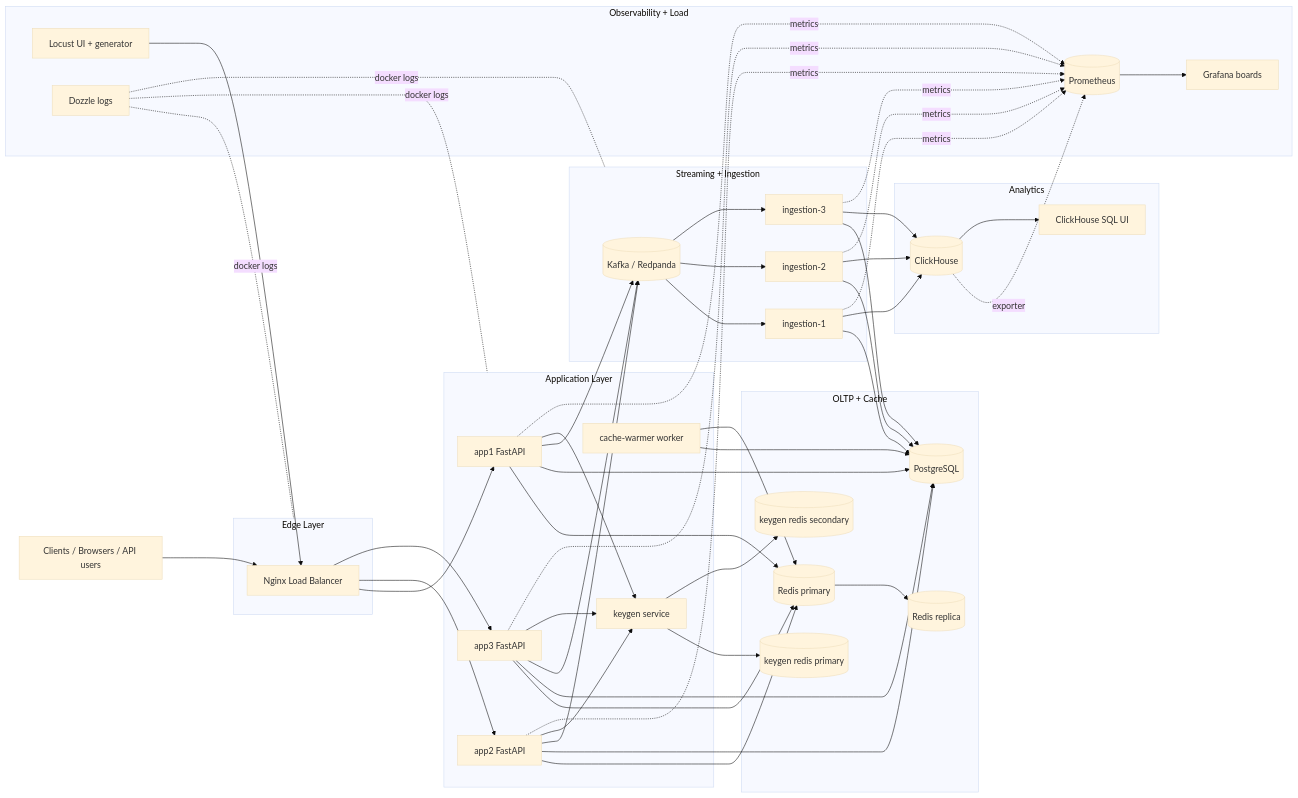
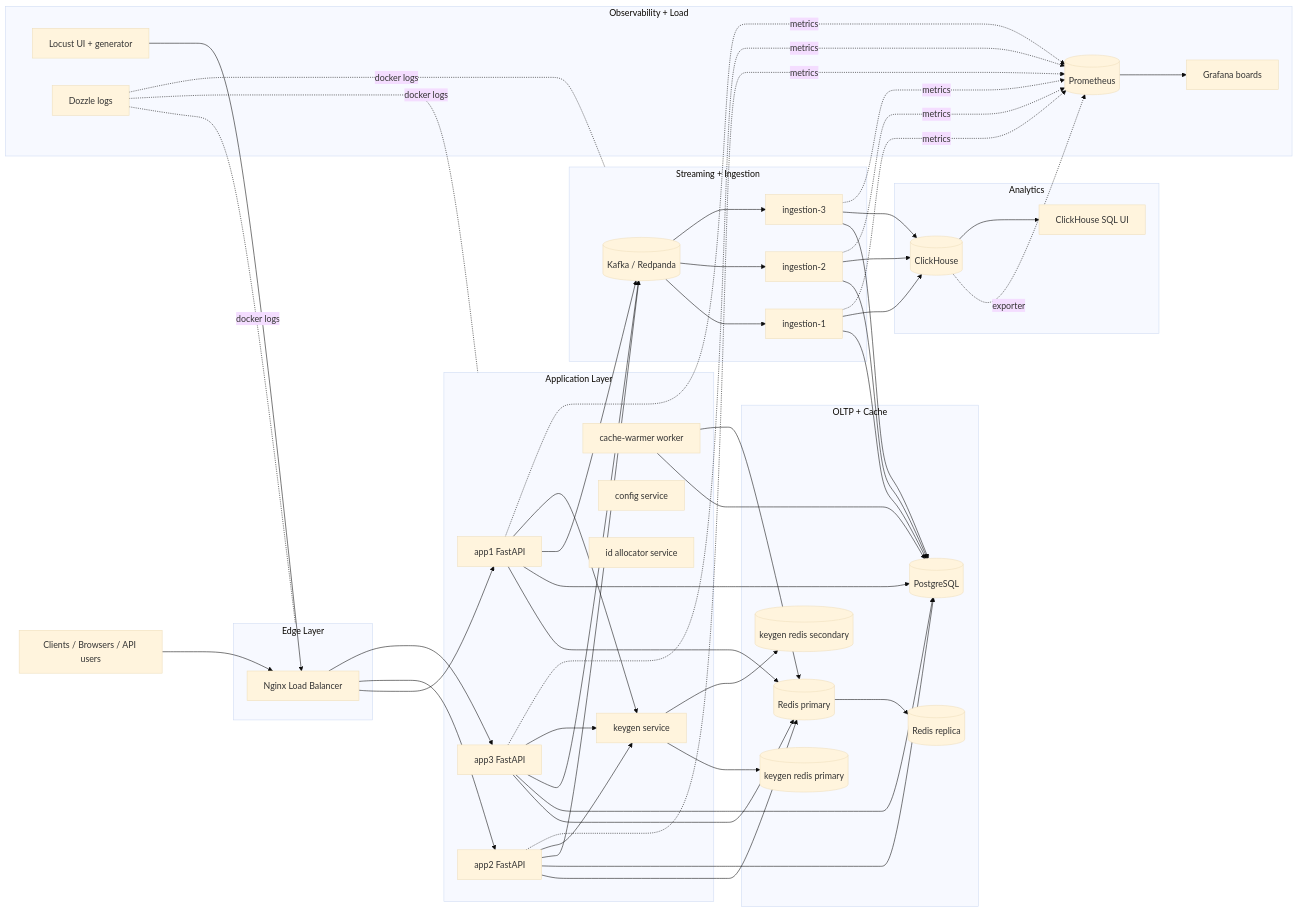
The diagram in docs/architecture.md (kd17290/url-shorterner), drawn with Mermaid (base theme) before and after one commit. The commit also changed other lines of this file and 98 other files, not shown here.

```diff
--- a/docs/architecture.md
+++ b/docs/architecture.md
@@ -32,6 +32,8 @@
       A3[app3 FastAPI]
       KG[keygen service]
       CW[cache-warmer worker]
+      CONFIG[config service]
+      ID_ALLOC[id allocator service]
     end
 
     subgraph DATA_OLTP[OLTP + Cache]
```
